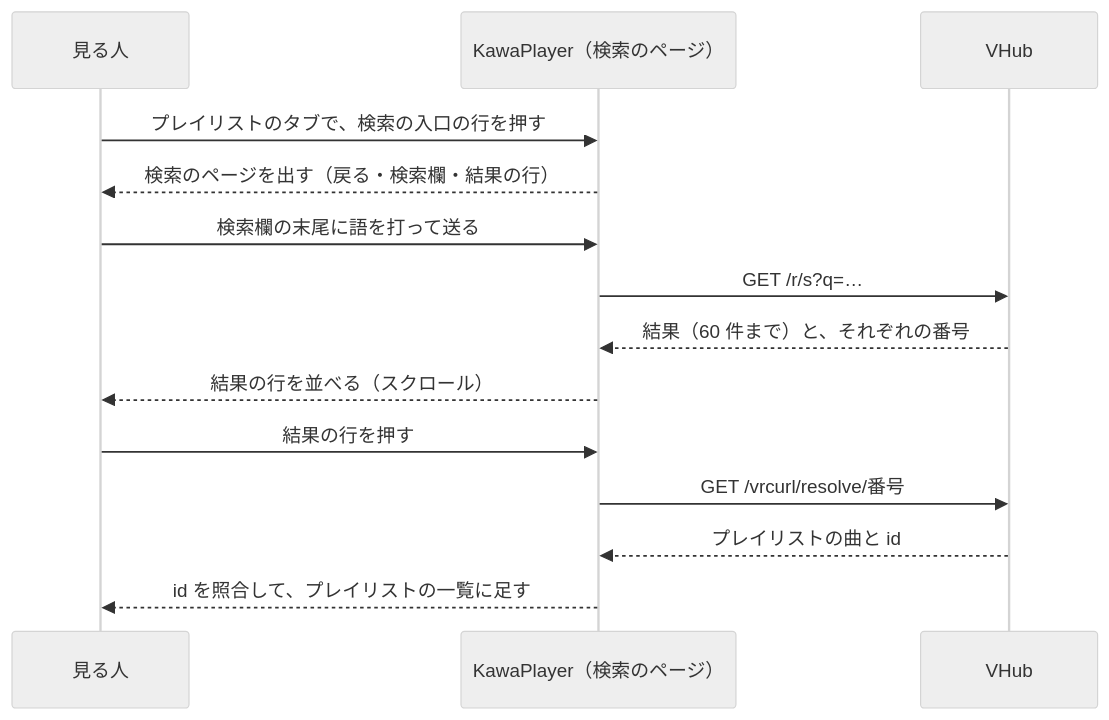
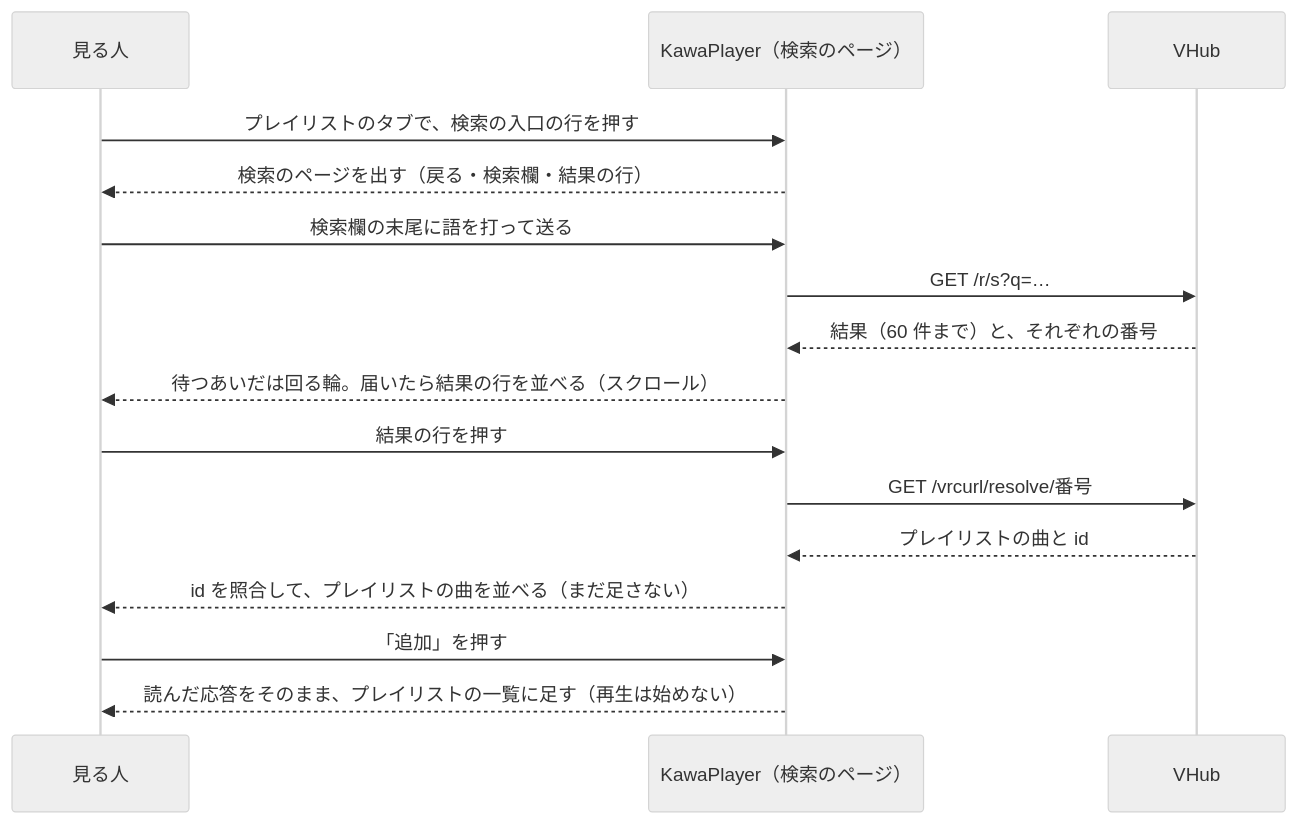
The diagram in docs/design/145-vhub-search/README.md (Mega-Gorilla/KawaPlayer), drawn with Mermaid (neutral theme) before and after one commit. The commit also changed other lines of this file and 34 other files, not shown here.

````diff
--- a/docs/design/145-vhub-search/README.md
+++ b/docs/design/145-vhub-search/README.md
@@ -216,16 +218,18 @@
 ```mermaid
 sequenceDiagram
   participant U as 見る人
   participant K as KawaPlayer（検索のページ）
   participant V as VHub
   U->>K: プレイリストのタブで、検索の入口の行を押す
   K-->>U: 検索のページを出す（戻る・検索欄・結果の行）
   U->>K: 検索欄の末尾に語を打って送る
   K->>V: GET /r/s?q=…
   V-->>K: 結果（60 件まで）と、それぞれの番号
-  K-->>U: 結果の行を並べる（スクロール）
+  K-->>U: 待つあいだは回る輪。届いたら結果の行を並べる（スクロール）
   U->>K: 結果の行を押す
   K->>V: GET /vrcurl/resolve/番号
   V-->>K: プレイリストの曲と id
-  K-->>U: id を照合して、プレイリストの一覧に足す
+  K-->>U: id を照合して、プレイリストの曲を並べる（まだ足さない）
+  U->>K: 「追加」を押す
+  K-->>U: 読んだ応答をそのまま、プレイリストの一覧に足す（再生は始めない）
 ```
````
